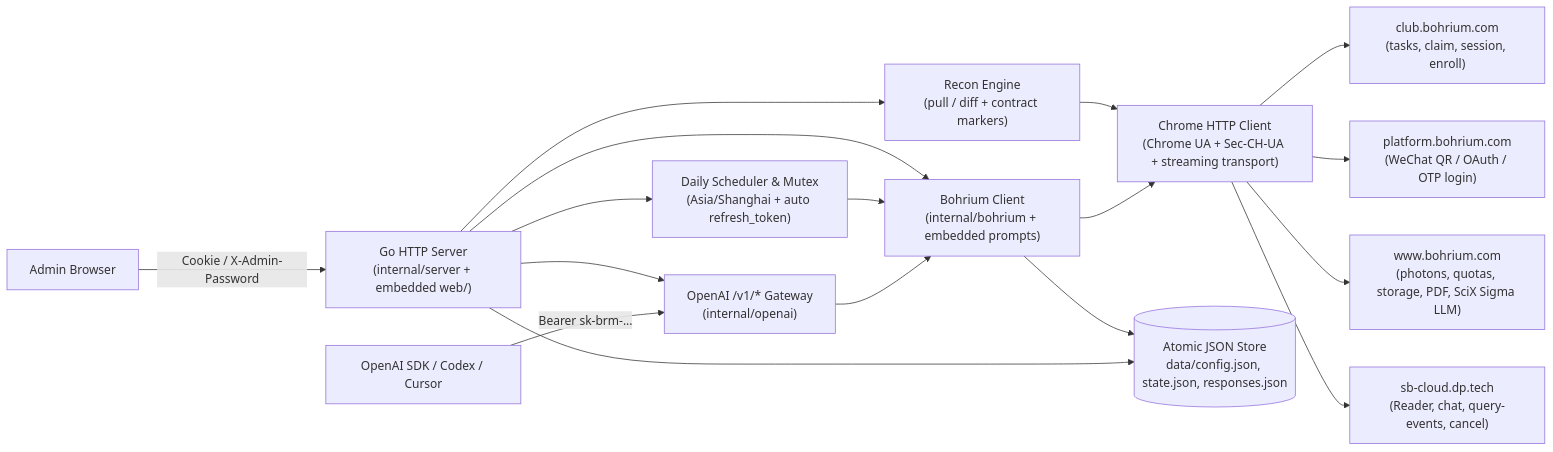
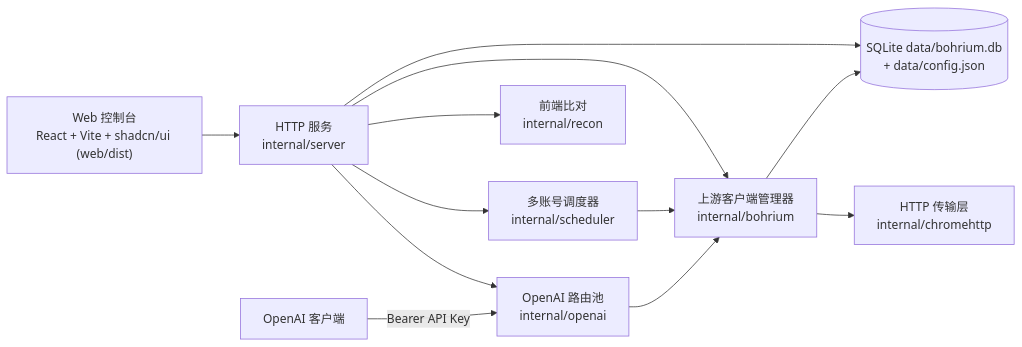
Before and after one commit to LandmineHQ/bohrium-club-auto: the diagram in README.md, drawn with Mermaid. The commit also changed other lines of this file and 93 other files, not shown here.

````diff
--- a/README.md
+++ b/README.md
@@ -225,19 +82,14 @@
 ```mermaid
 flowchart LR
-    Browser["Admin Browser"] -->|"Cookie / X-Admin-Password"| HTTP["Go HTTP Server<br/>(internal/server + embedded web/)"]
-    SDK["OpenAI SDK / Codex / Cursor"] -->|"Bearer sk-brm-..."| GW["OpenAI /v1/* Gateway<br/>(internal/openai)"]
-    HTTP --> GW
-    HTTP --> Sched["Daily Scheduler & Mutex<br/>(Asia/Shanghai + auto refresh_token)"]
-    HTTP --> Recon["Recon Engine<br/>(pull / diff + contract markers)"]
-    GW --> Client["Bohrium Client<br/>(internal/bohrium + embedded prompts)"]
-    Sched --> Client
-    HTTP --> Client
-    Client --> Chrome["Chrome HTTP Client<br/>(Chrome UA + Sec-CH-UA + streaming transport)"]
-    Recon --> Chrome
-    Chrome --> Club["club.bohrium.com<br/>(tasks, claim, session, enroll)"]
-    Chrome --> Platform["platform.bohrium.com<br/>(WeChat QR / OAuth / OTP login)"]
-    Chrome --> WWW["www.bohrium.com<br/>(photons, quotas, storage, PDF, SciX Sigma LLM)"]
-    Chrome --> SB["sb-cloud.dp.tech<br/>(Reader, chat, query-events, cancel)"]
-    HTTP --> Store[("Atomic JSON Store<br/>data/config.json, state.json, responses.json")]
-    Client --> Store
+    WebUI["Web 控制台<br/>React + Vite + shadcn/ui (web/dist)"] --> Server["HTTP 服务<br/>internal/server"]
+    Client["OpenAI 客户端"] -->|"Bearer API Key"| GW["OpenAI 路由池<br/>internal/openai"]
+    Server --> GW
+    Server --> Sched["多账号调度器<br/>internal/scheduler"]
+    Server --> Recon["前端比对<br/>internal/recon"]
+    GW --> Brm["上游客户端管理器<br/>internal/bohrium"]
+    Sched --> Brm
+    Server --> Brm
+    Brm --> HTTP["HTTP 传输层<br/>internal/chromehttp"]
+    Server --> Store[("SQLite data/bohrium.db<br/>+ data/config.json")]
+    Brm --> Store
 ```
````
